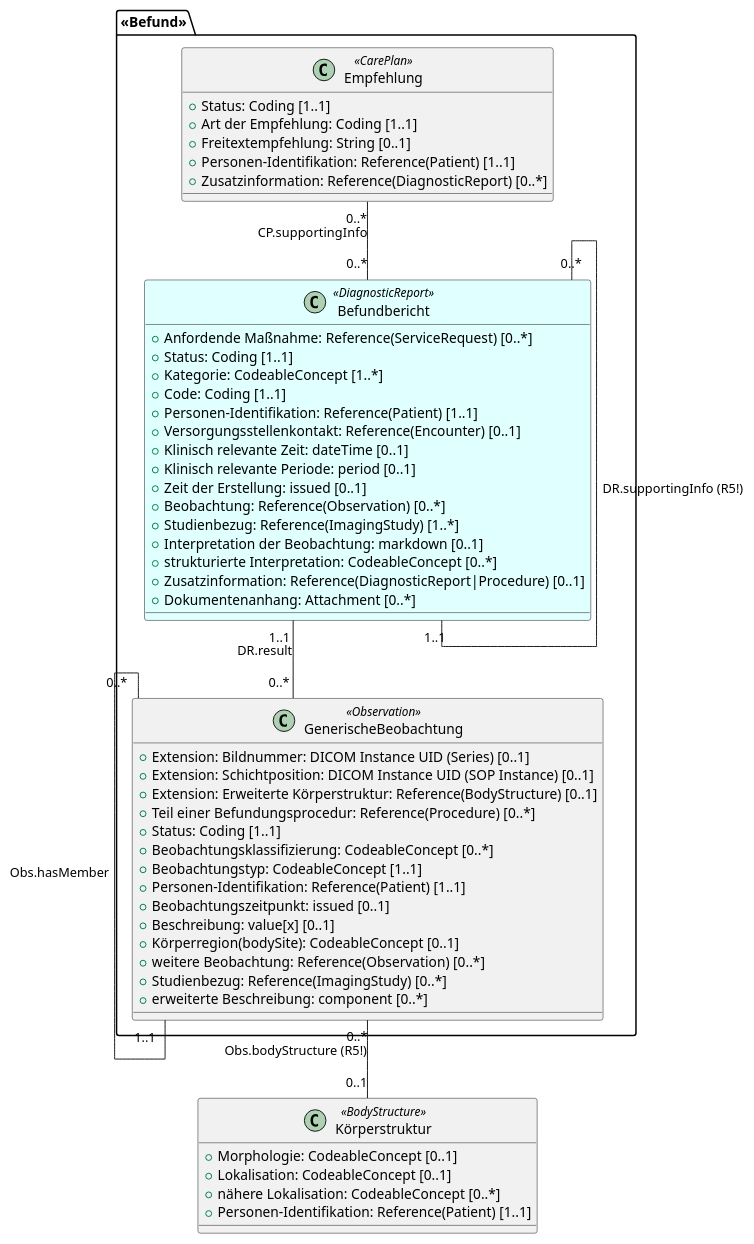
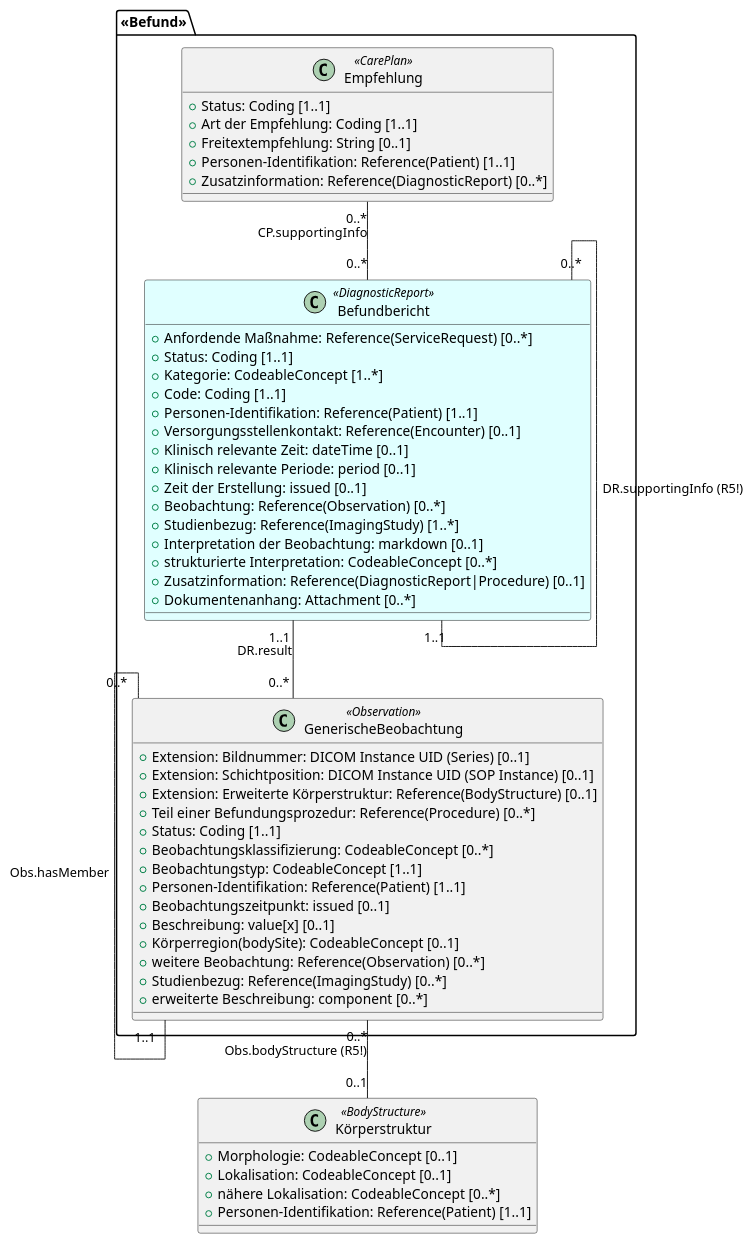
The diagram in plantUmlSrc/UML Befund Strukturiert.plantuml (medizininformatik-initiative/kerndatensatz-bildgebung), drawn with PlantUML before and after one commit. The commit also changed 2 other files, not shown here.

```diff
--- a/plantUmlSrc/UML Befund Strukturiert.plantuml
+++ b/plantUmlSrc/UML Befund Strukturiert.plantuml
@@ -1,66 +1,66 @@
 @startuml
 skinparam Linetype ortho
 skinparam Nodesep 150
 skinparam Ranksep 80
 skinparam legendBackgroundColor #white
 
 class Körperstruktur <<BodyStructure>> {
   + Morphologie: CodeableConcept [0..1]
   + Lokalisation: CodeableConcept [0..1]
   + nähere Lokalisation: CodeableConcept [0..*]
   + {field} Personen-Identifikation: Reference(Patient) [1..1]
 }
 
 package <<Befund>> {
   class Befundbericht <<DiagnosticReport>> #LightCyan {
   + {field} Anfordende Maßnahme: Reference(ServiceRequest) [0..*]
   + Status: Coding [1..1]
   + Kategorie: CodeableConcept [1..*]
   + Code: Coding [1..1]
   + {field} Personen-Identifikation: Reference(Patient) [1..1]
   + {field} Versorgungsstellenkontakt: Reference(Encounter) [0..1]
   + Klinisch relevante Zeit: dateTime [0..1]
   + Klinisch relevante Periode: period [0..1]
   + Zeit der Erstellung: issued [0..1]
   + {field} Beobachtung: Reference(Observation) [0..*]
   + {field} Studienbezug: Reference(ImagingStudy) [1..*]
   + Interpretation der Beobachtung: markdown [0..1]
   + strukturierte Interpretation: CodeableConcept [0..*]
   + {field} Zusatzinformation: Reference(DiagnosticReport|Procedure) [0..1]
   + {field} Dokumentenanhang: Attachment [0..*]
   }
   
   class Empfehlung <<CarePlan>> {
   + Status: Coding [1..1]
   + Art der Empfehlung: Coding [1..1]
   + Freitextempfehlung: String [0..1]
   + {field} Personen-Identifikation: Reference(Patient) [1..1]
   + {field} Zusatzinformation: Reference(DiagnosticReport) [0..*]
   }
 
   class GenerischeBeobachtung <<Observation>> {
     + {field} Extension: Bildnummer: DICOM Instance UID (Series) [0..1]
     + {field} Extension: Schichtposition: DICOM Instance UID (SOP Instance) [0..1]
     + {field} Extension: Erweiterte Körperstruktur: Reference(BodyStructure) [0..1]
-    + {field} Teil einer Befundungsprocedur: Reference(Procedure) [0..*]
+    + {field} Teil einer Befundungsprozedur: Reference(Procedure) [0..*]
     + Status: Coding [1..1]
     + Beobachtungsklassifizierung: CodeableConcept [0..*]
     + Beobachtungstyp: CodeableConcept [1..1]
     + {field} Personen-Identifikation: Reference(Patient) [1..1]
     + Beobachtungszeitpunkt: issued [0..1]
     + Beschreibung: value[x] [0..1]
     + {field} Körperregion(bodySite): CodeableConcept [0..1]
     + {field} weitere Beobachtung: Reference(Observation) [0..*]
     + {field} Studienbezug: Reference(ImagingStudy) [0..*]
     + erweiterte Beschreibung: component [0..*]
   }
 }
 
 Befundbericht "1..1" -u- "0..*" Befundbericht: DR.supportingInfo (R5!)
 Befundbericht "1..1" -- "0..*" GenerischeBeobachtung: DR.result
 
 Empfehlung "0..*" -- "0..*" Befundbericht: CP.supportingInfo 
 
 GenerischeBeobachtung "1..1" -u- "0..*" GenerischeBeobachtung: Obs.hasMember
 GenerischeBeobachtung "0..*" -- "0..1" Körperstruktur: Obs.bodyStructure (R5!)
 @enduml
```
